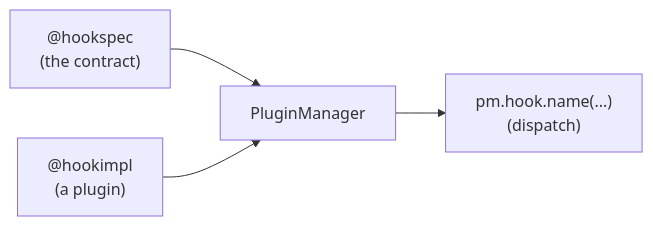
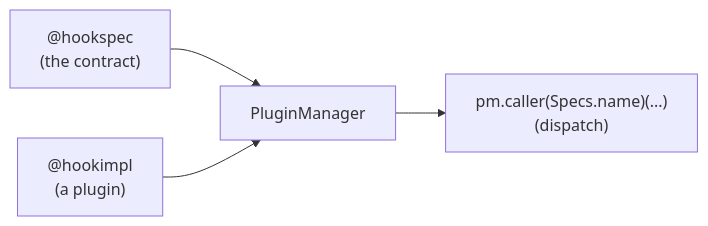
The diagram in docs/concepts/overview.md (winterop-com/pluginkit), drawn with Mermaid before and after one commit. The commit also changed other lines of this file and 27 other files, not shown here.

````diff
--- a/docs/concepts/overview.md
+++ b/docs/concepts/overview.md
@@ -6,6 +7,6 @@
 ```mermaid
 flowchart LR
     spec["@hookspec<br/>(the contract)"] --> pm["PluginManager"]
     impl["@hookimpl<br/>(a plugin)"] --> pm
-    pm --> call["pm.hook.name(...)<br/>(dispatch)"]
+    pm --> call["pm.caller(Specs.name)(...)<br/>(dispatch)"]
 ```
````
